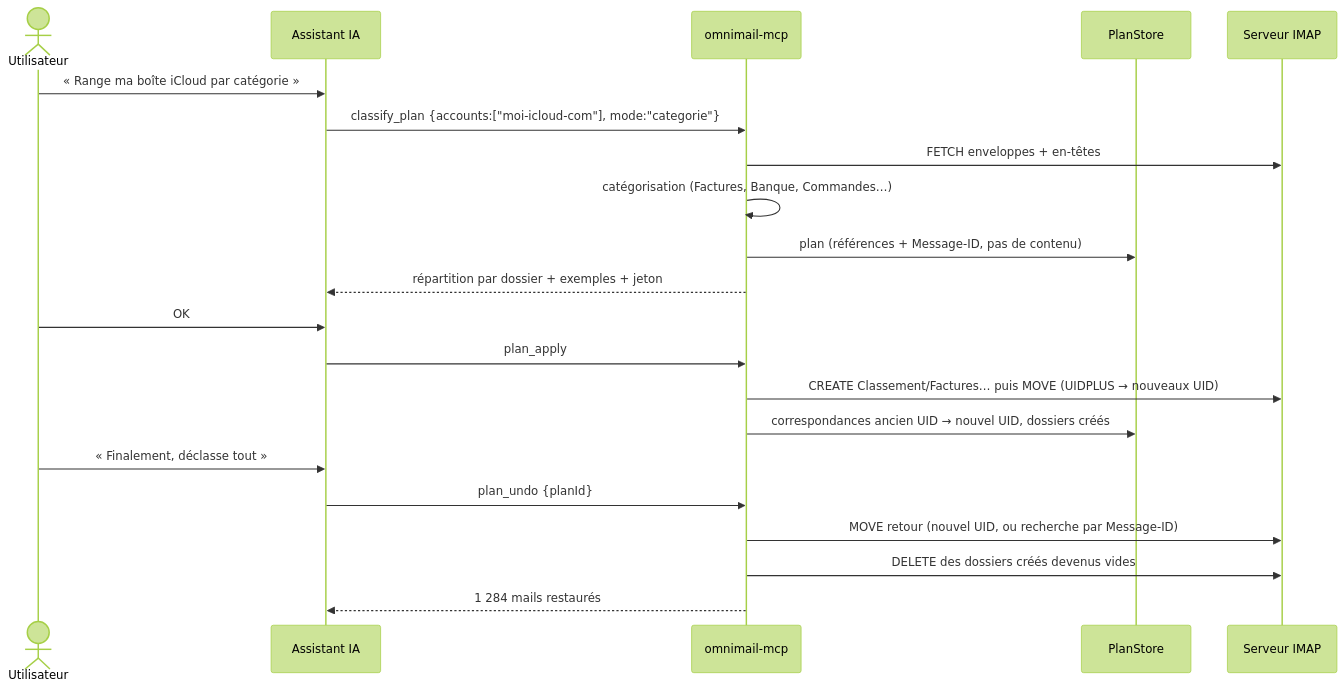
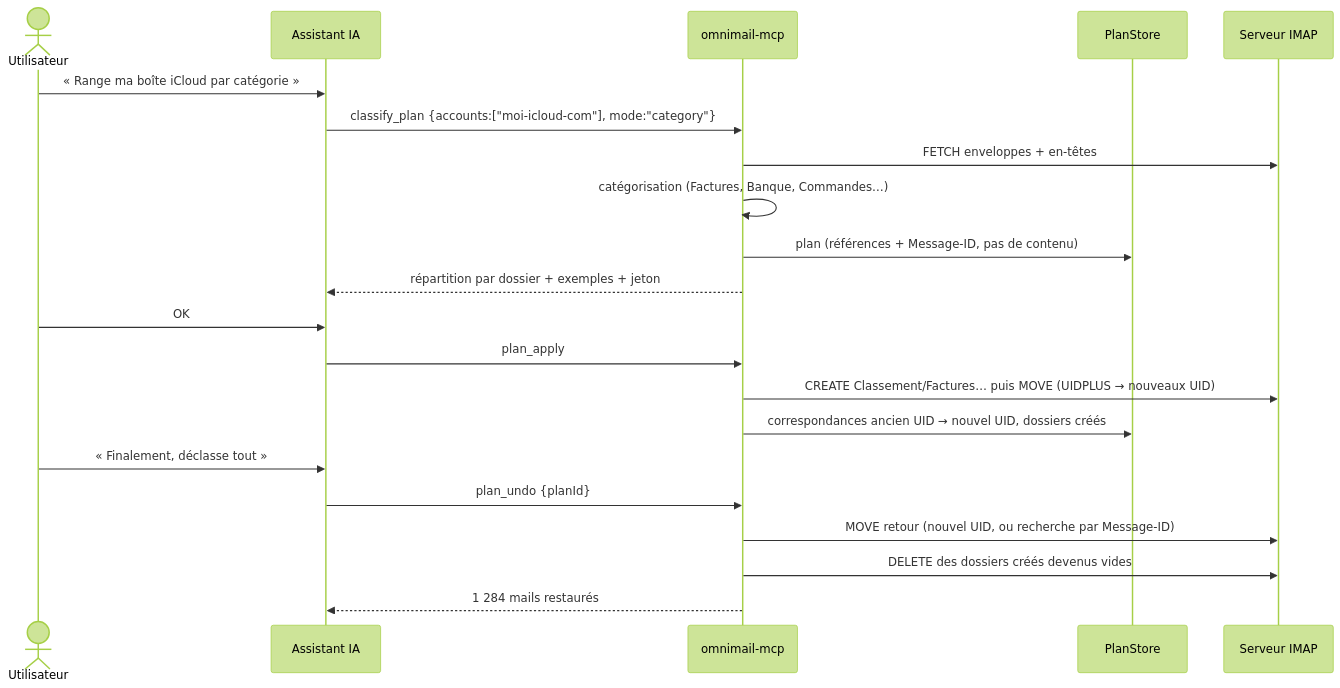
Diagram 12 of 14 in docs/ARCHITECTURE.md (BenMacha/omnimail-mcp), drawn with Mermaid (forest theme) before and after one commit. The commit also changed other lines of this file and 13 other files, not shown here.

````diff
--- a/docs/ARCHITECTURE.md
+++ b/docs/ARCHITECTURE.md
@@ -474,24 +474,24 @@
 ```mermaid
 sequenceDiagram
   actor U as Utilisateur
   participant IA as Assistant IA
   participant MCP as omnimail-mcp
   participant PS as PlanStore
   participant P as Serveur IMAP
 
   U->>IA: « Range ma boîte iCloud par catégorie »
-  IA->>MCP: classify_plan {accounts:["moi-icloud-com"], mode:"categorie"}
+  IA->>MCP: classify_plan {accounts:["moi-icloud-com"], mode:"category"}
   MCP->>P: FETCH enveloppes + en-têtes
   MCP->>MCP: catégorisation (Factures, Banque, Commandes…)
   MCP->>PS: plan (références + Message-ID, pas de contenu)
   MCP-->>IA: répartition par dossier + exemples + jeton
   U->>IA: OK
   IA->>MCP: plan_apply
   MCP->>P: CREATE Classement/Factures… puis MOVE (UIDPLUS → nouveaux UID)
   MCP->>PS: correspondances ancien UID → nouvel UID, dossiers créés
   U->>IA: « Finalement, déclasse tout »
   IA->>MCP: plan_undo {planId}
   MCP->>P: MOVE retour (nouvel UID, ou recherche par Message-ID)
   MCP->>P: DELETE des dossiers créés devenus vides
   MCP-->>IA: 1 284 mails restaurés
 ```
````
